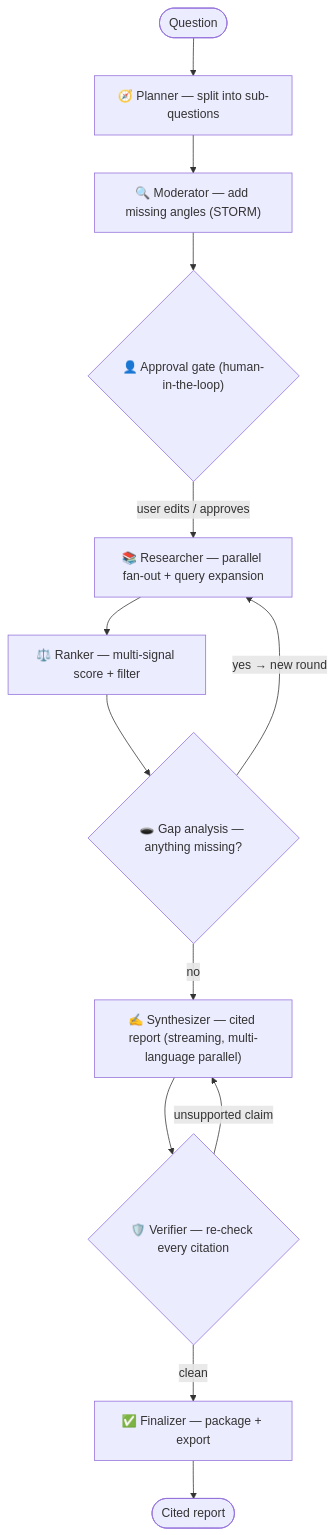
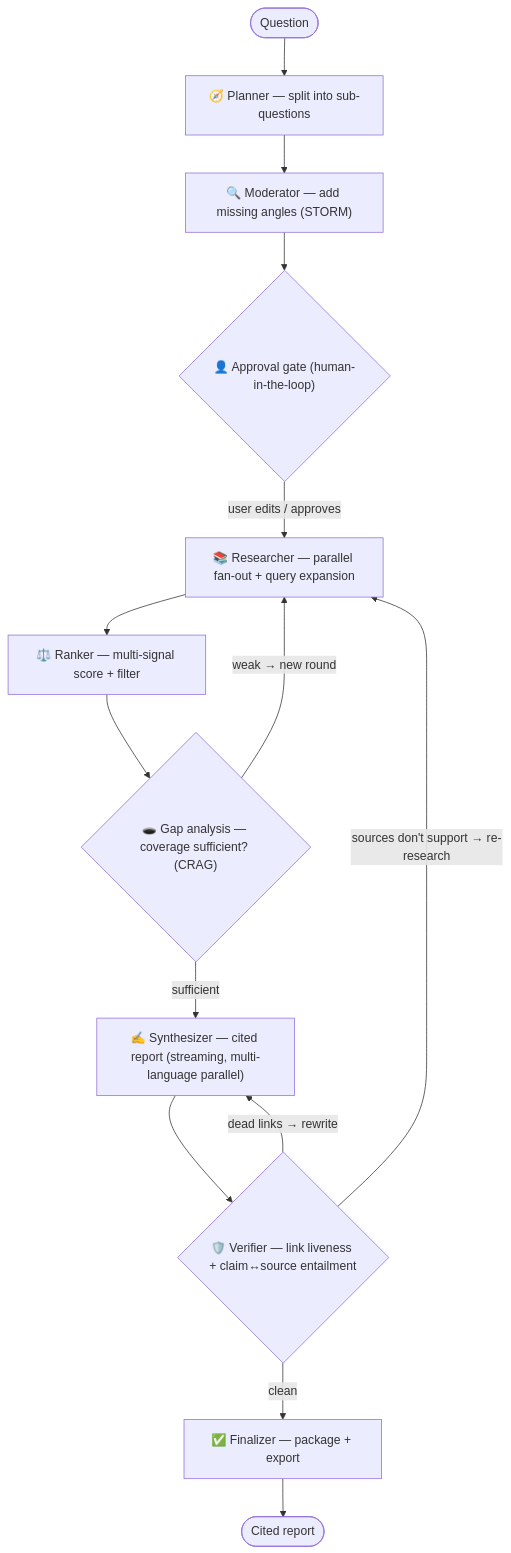
The diagram in README.md (FurkanSahinnn/advanced-web-search), drawn with Mermaid before and after one commit. The commit also changed other lines of this file and 3 other files, not shown here.

````diff
--- a/README.md
+++ b/README.md
@@ -145,15 +149,16 @@
 ```mermaid
 flowchart TD
   Q(["Question"]) --> P["🧭 Planner — split into sub-questions"]
   P --> M["🔍 Moderator — add missing angles (STORM)"]
   M --> A{"👤 Approval gate (human-in-the-loop)"}
   A -->|"user edits / approves"| R["📚 Researcher — parallel fan-out + query expansion"]
   R --> RK["⚖️ Ranker — multi-signal score + filter"]
-  RK --> G{"🕳️ Gap analysis — anything missing?"}
-  G -->|"yes → new round"| R
-  G -->|"no"| SY["✍️ Synthesizer — cited report (streaming, multi-language parallel)"]
-  SY --> V{"🛡️ Verifier — re-check every citation"}
-  V -->|"unsupported claim"| SY
+  RK --> G{"🕳️ Gap analysis — coverage sufficient? (CRAG)"}
+  G -->|"weak → new round"| R
+  G -->|"sufficient"| SY["✍️ Synthesizer — cited report (streaming, multi-language parallel)"]
+  SY --> V{"🛡️ Verifier — link liveness + claim↔source entailment"}
+  V -->|"dead links → rewrite"| SY
+  V -->|"sources don't support → re-research"| R
   V -->|"clean"| F["✅ Finalizer — package + export"]
   F --> E(["Cited report"])
 ```
````
